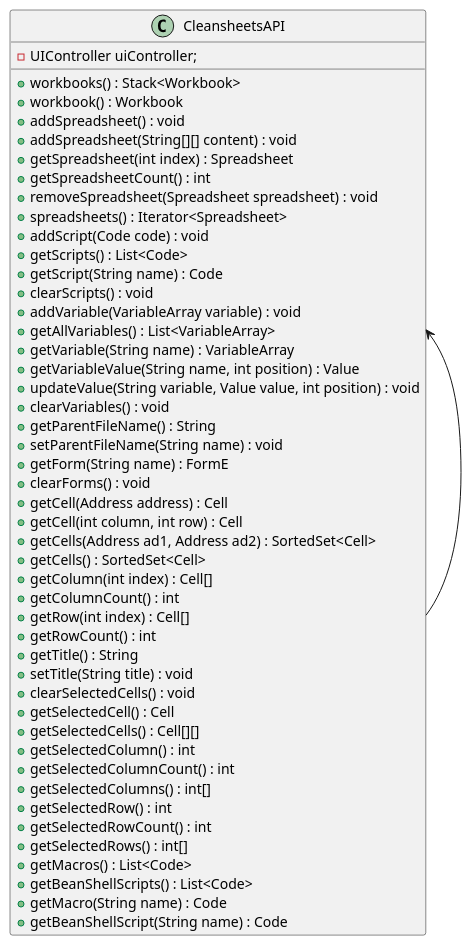
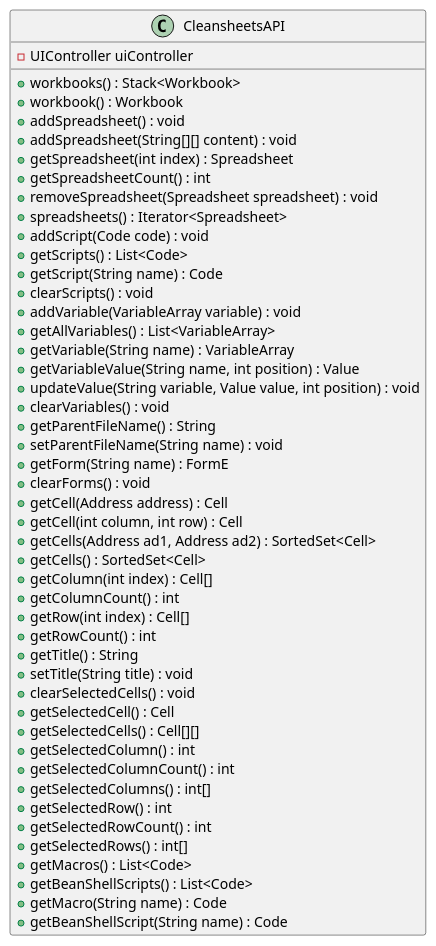
The diagram in src/main/java/csheets/worklog/n1140423/sprint4/api_class_diagram.puml (RubenTeixeira/cleansheets_isep_2dg_2016), drawn with PlantUML before and after one commit. The commit also changed 2 other files, not shown here.

```diff
--- a/src/main/java/csheets/worklog/n1140423/sprint4/api_class_diagram.puml
+++ b/src/main/java/csheets/worklog/n1140423/sprint4/api_class_diagram.puml
@@ -1,54 +1,52 @@
 @startuml doc-files/api_class_diagram.png
 
 class CleansheetsAPI {
-    -UIController uiController;
+    -UIController uiController
     +workbooks() : Stack<Workbook>
     +workbook() : Workbook
     +addSpreadsheet() : void
     +addSpreadsheet(String[][] content) : void
     +getSpreadsheet(int index) : Spreadsheet
     +getSpreadsheetCount() : int
     +removeSpreadsheet(Spreadsheet spreadsheet) : void
     +spreadsheets() : Iterator<Spreadsheet>
     +addScript(Code code) : void
     +getScripts() : List<Code>
     +getScript(String name) : Code
     +clearScripts() : void
     +addVariable(VariableArray variable) : void
     +getAllVariables() : List<VariableArray>
     +getVariable(String name) : VariableArray
     +getVariableValue(String name, int position) : Value
     +updateValue(String variable, Value value, int position) : void
     +clearVariables() : void
     +getParentFileName() : String
     +setParentFileName(String name) : void
     +getForm(String name) : FormE
     +clearForms() : void
     +getCell(Address address) : Cell
     +getCell(int column, int row) : Cell
     +getCells(Address ad1, Address ad2) : SortedSet<Cell>
     +getCells() : SortedSet<Cell>
     +getColumn(int index) : Cell[]
     +getColumnCount() : int
     +getRow(int index) : Cell[]
     +getRowCount() : int
     +getTitle() : String
     +setTitle(String title) : void
     +clearSelectedCells() : void
     +getSelectedCell() : Cell
     +getSelectedCells() : Cell[][]
     +getSelectedColumn() : int
     +getSelectedColumnCount() : int
     +getSelectedColumns() : int[]
     +getSelectedRow() : int
     +getSelectedRowCount() : int 
     +getSelectedRows() : int[]
     +getMacros() : List<Code>
     +getBeanShellScripts() : List<Code>
     +getMacro(String name) : Code
     +getBeanShellScript(String name) : Code
 }
 
-CleansheetsAPI <-- CleansheetsAPI 
-
 @enduml
```
